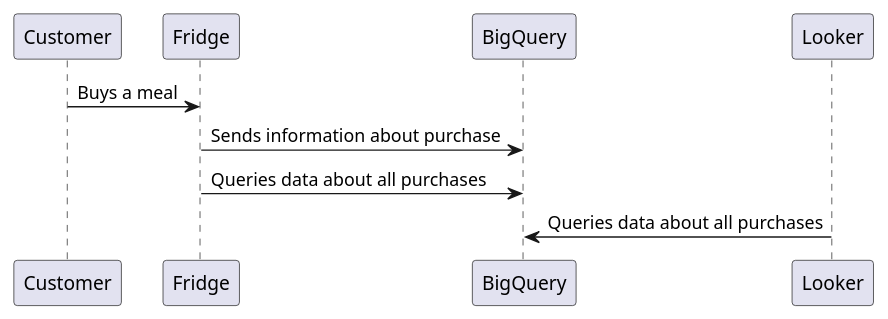
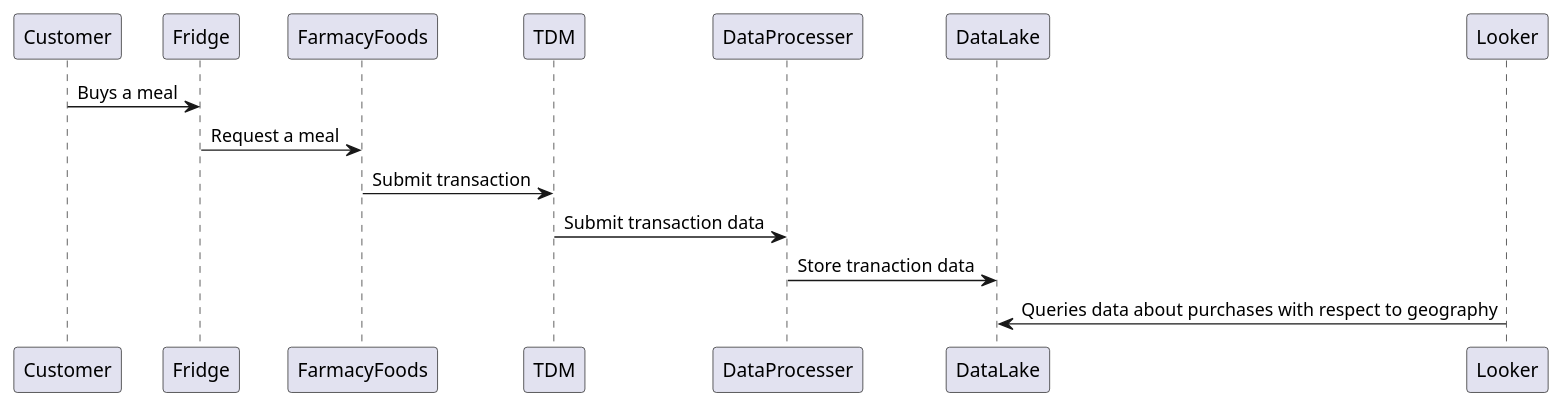
Before and after one commit to bd250227/Farmacists: the diagram in sequence-diagrams/geographical-reporting.plantuml, drawn with PlantUML.

Commit message:
Fix geographical reporting.

```diff
--- a/sequence-diagrams/geographical-reporting.plantuml
+++ b/sequence-diagrams/geographical-reporting.plantuml
@@ -1,6 +1,8 @@
 @startuml
 Customer -> Fridge: Buys a meal
-Fridge -> BigQuery: Sends information about purchase
-Fridge -> BigQuery: Queries data about all purchases
-Looker -> BigQuery: Queries data about all purchases
+Fridge -> FarmacyFoods: Request a meal
+FarmacyFoods -> TDM: Submit transaction
+TDM -> DataProcesser: Submit transaction data
+DataProcesser -> DataLake: Store tranaction data
+Looker -> DataLake: Queries data about purchases with respect to geography
 @enduml
```
